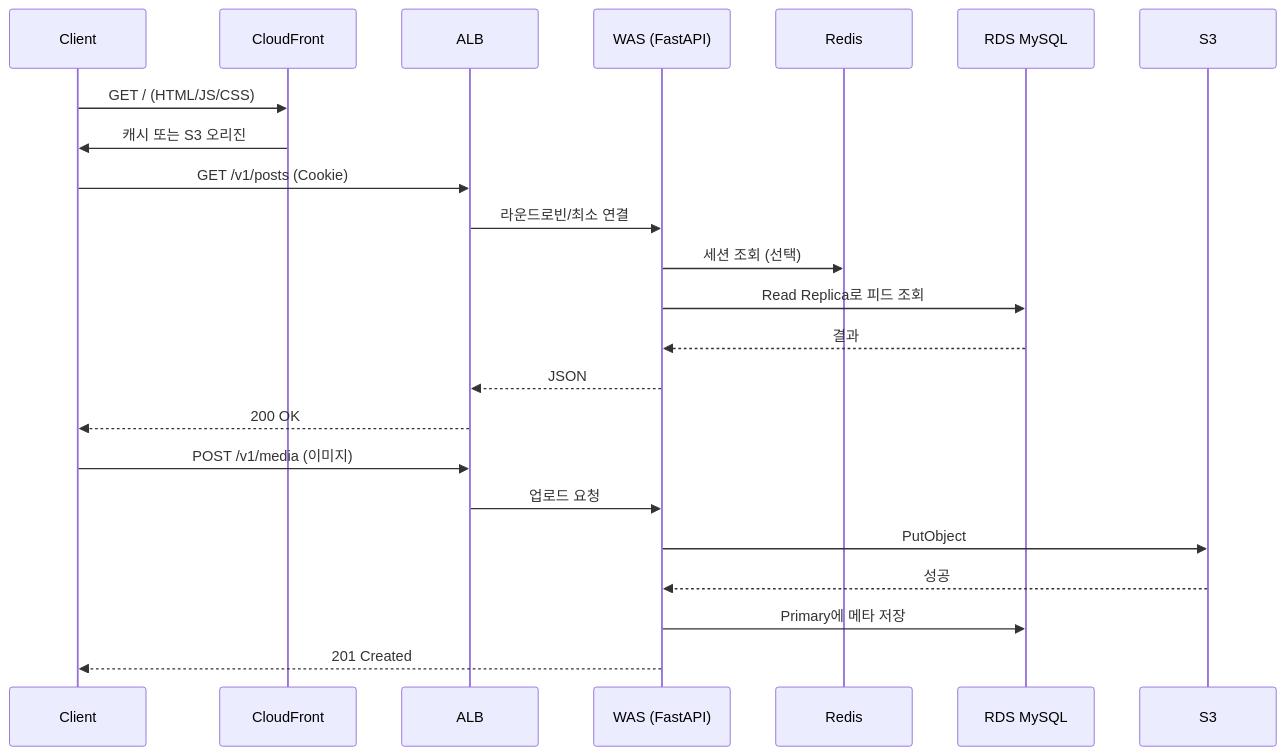
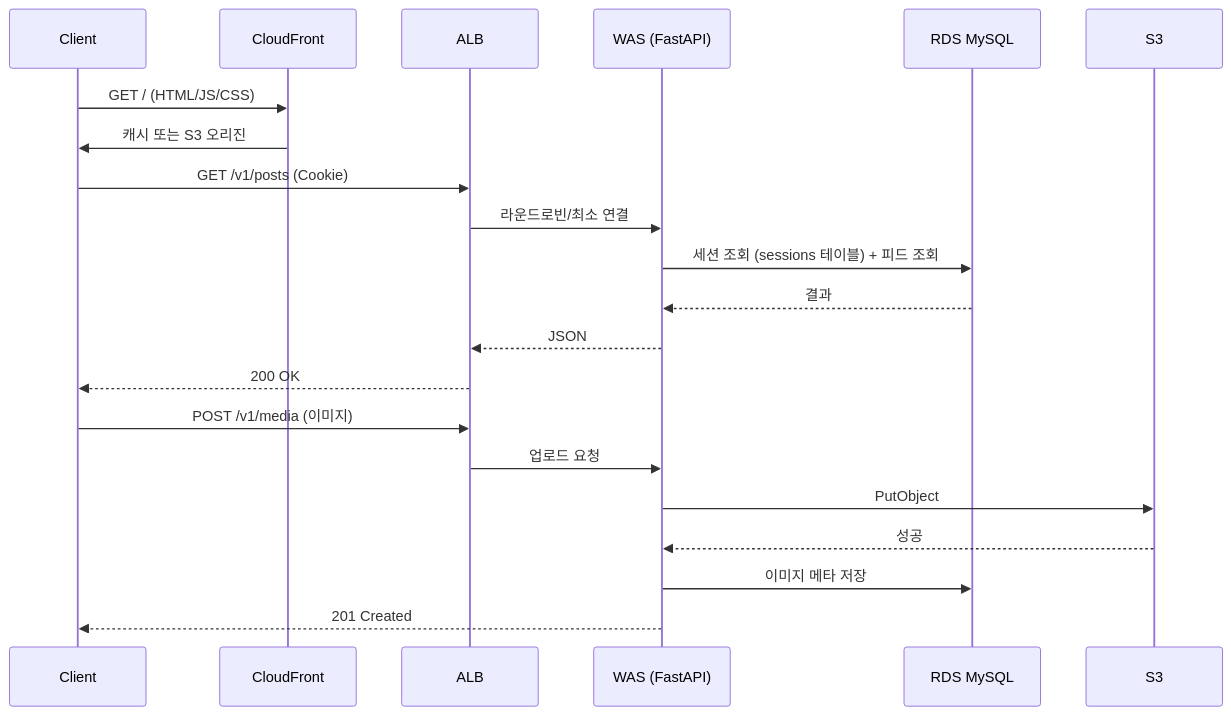
Before and after one commit to 80-hours-a-week/2-kyjness-community-be: the second of 3 diagrams in docs/infrastructure-reliability-design.md, drawn with Mermaid. The commit also changed other lines of this file and 30 other files, not shown here.

````diff
--- a/docs/infrastructure-reliability-design.md
+++ b/docs/infrastructure-reliability-design.md
@@ -92,28 +120,26 @@
 ```mermaid
 sequenceDiagram
     participant C as Client
     participant CF as CloudFront
     participant ALB as ALB
     participant WAS as WAS (FastAPI)
-    participant Redis as Redis
     participant RDS as RDS MySQL
     participant S3 as S3
 
     C->>CF: GET / (HTML/JS/CSS)
     CF->>C: 캐시 또는 S3 오리진
 
     C->>ALB: GET /v1/posts (Cookie)
     ALB->>WAS: 라운드로빈/최소 연결
-    WAS->>Redis: 세션 조회 (선택)
-    WAS->>RDS: Read Replica로 피드 조회
+    WAS->>RDS: 세션 조회 (sessions 테이블) + 피드 조회
     RDS-->>WAS: 결과
     WAS-->>ALB: JSON
     ALB-->>C: 200 OK
 
     C->>ALB: POST /v1/media (이미지)
     ALB->>WAS: 업로드 요청
     WAS->>S3: PutObject
     S3-->>WAS: 성공
-    WAS->>RDS: Primary에 메타 저장
+    WAS->>RDS: 이미지 메타 저장
     WAS-->>C: 201 Created
 ```
````
